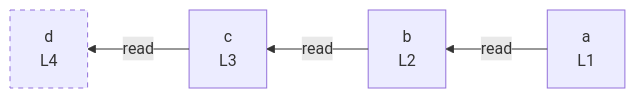
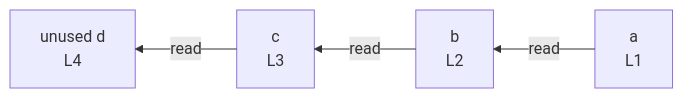
One commit to crescware/unsnarl changed the diagram in integration/fixtures/minimal-const-chain/preview.md. Above: the diagram before and after it, drawn with Mermaid. The commit also changed 75 other files, not shown here.

````diff
--- a/integration/fixtures/minimal-const-chain/preview.md
+++ b/integration/fixtures/minimal-const-chain/preview.md
@@ -14,13 +14,11 @@
 ```mermaid
 %%{init: {"flowchart": {"defaultRenderer": "elk"}}}%%
 flowchart RL
   n_scope_0_a_6["a<br/>L1"]
   n_scope_0_b_21["b<br/>L2"]
   n_scope_0_c_36["c<br/>L3"]
-  n_scope_0_d_60["d<br/>L4"]
+  n_scope_0_d_60["unused d<br/>L4"]
   n_scope_0_a_6 -->|read| n_scope_0_b_21
   n_scope_0_b_21 -->|read| n_scope_0_c_36
   n_scope_0_c_36 -->|read| n_scope_0_d_60
-  classDef unused stroke-dasharray: 5 5;
-  class n_scope_0_d_60 unused;
 ```
````
